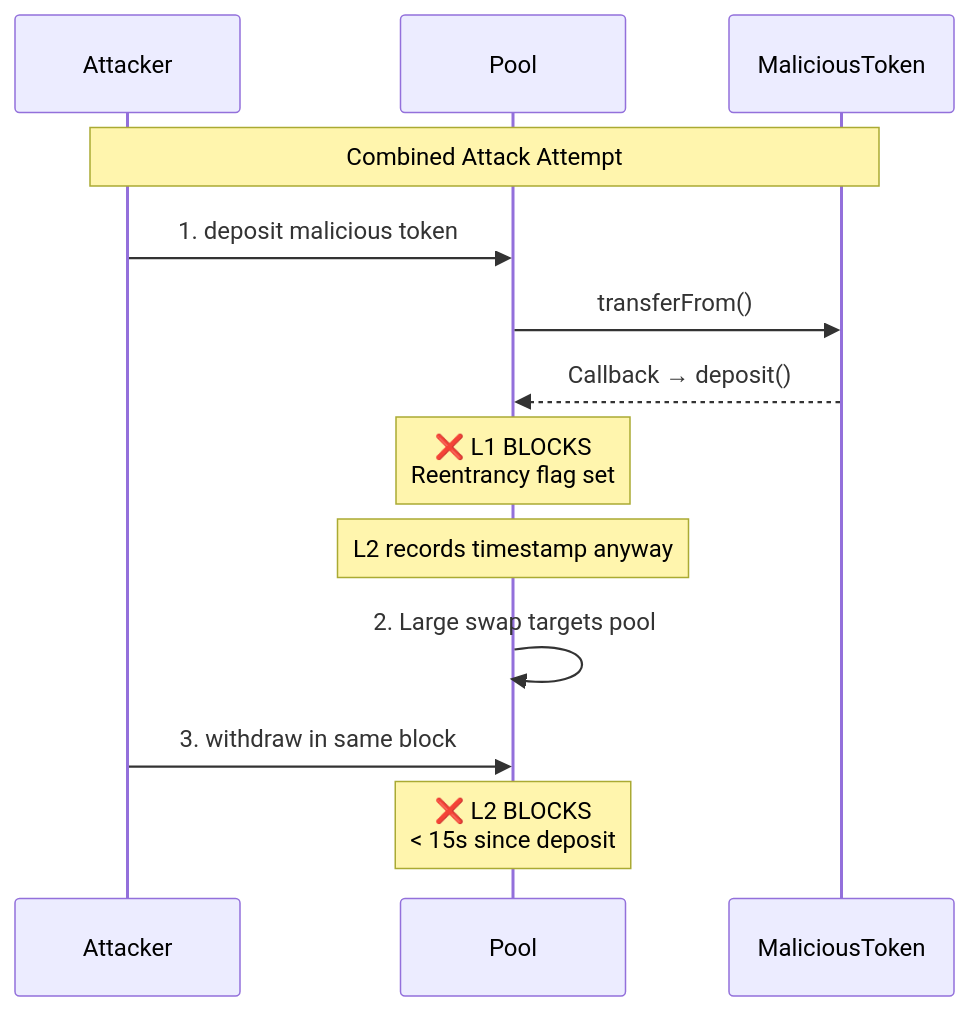
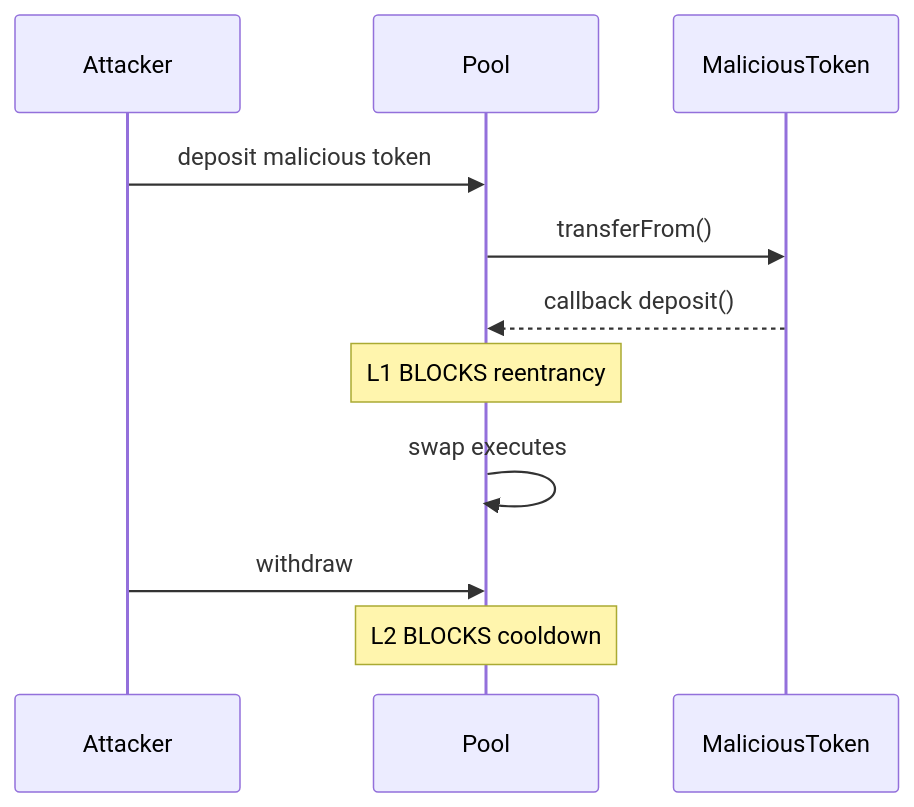
Before and after one commit to btr-protocol/dex: the ninth of 9 diagrams in docs/3. Security/3.4. Flow Guards.md, drawn with Mermaid. The commit also changed other lines of this file and 27 other files, not shown here.

````diff
--- a/docs/3. Security/3.4. Flow Guards.md
+++ b/docs/3. Security/3.4. Flow Guards.md
@@ -396,20 +345,14 @@
 ```mermaid
 sequenceDiagram
     participant Attacker
     participant Pool
     participant MaliciousToken
 
-    Note over Attacker,MaliciousToken: Combined Attack Attempt
-
-    Attacker->>Pool: 1. deposit malicious token
+    Attacker->>Pool: deposit malicious token
     Pool->>MaliciousToken: transferFrom()
-    MaliciousToken-->>Pool: Callback → deposit()
-    Note over Pool: ❌ L1 BLOCKS<br/>Reentrancy flag set
-
-    Note over Pool: L2 records timestamp anyway
-
-    Pool->>Pool: 2. Large swap targets pool
-
-    Attacker->>Pool: 3. withdraw in same block
-    Note over Pool: ❌ L2 BLOCKS<br/>< 15s since deposit
+    MaliciousToken-->>Pool: callback deposit()
+    Note over Pool: L1 BLOCKS reentrancy
+    Pool->>Pool: swap executes
+    Attacker->>Pool: withdraw
+    Note over Pool: L2 BLOCKS cooldown
 ```
````
